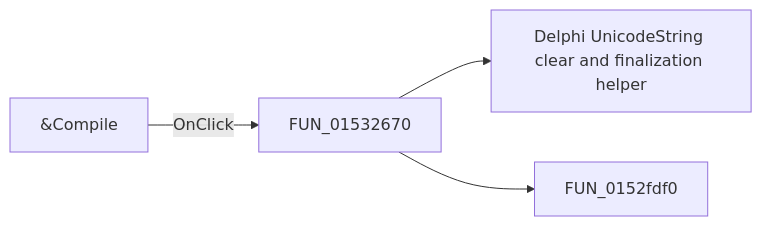
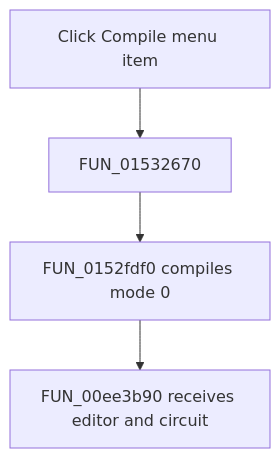
The diagram in docs/ui-controls/netlisteditor/micompile-243c2eaf69.md (MovGP0/TIARA), drawn with Mermaid before and after one commit. The commit also changed other lines of this file and 1062 other files, not shown here.

````diff
--- a/docs/ui-controls/netlisteditor/micompile-243c2eaf69.md
+++ b/docs/ui-controls/netlisteditor/micompile-243c2eaf69.md
@@ -27,6 +29,6 @@
 ```mermaid
-flowchart LR
-    control["&Compile"] -->|OnClick| handler["FUN_01532670"]
-    handler --> call1["Delphi UnicodeString clear and finalization helper"]
-    handler --> call2["FUN_0152fdf0"]
+flowchart TD
+    control["Click Compile menu item"] --> handler["FUN_01532670"]
+    handler --> compile["FUN_0152fdf0 compiles mode 0"]
+    compile --> engine["FUN_00ee3b90 receives editor and circuit"]
 ```
````
